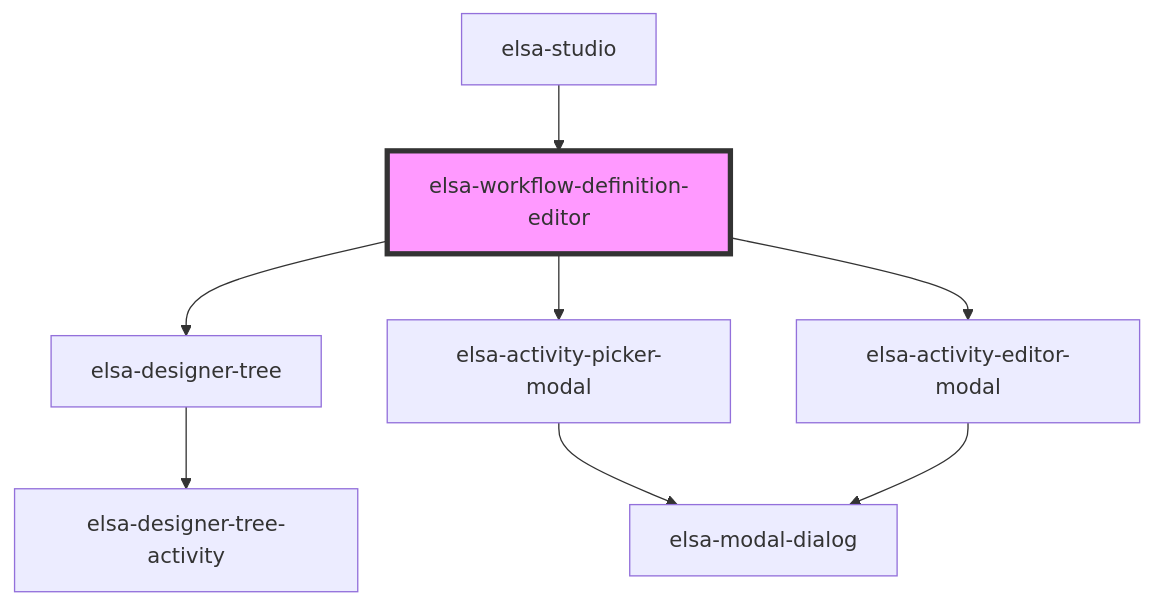
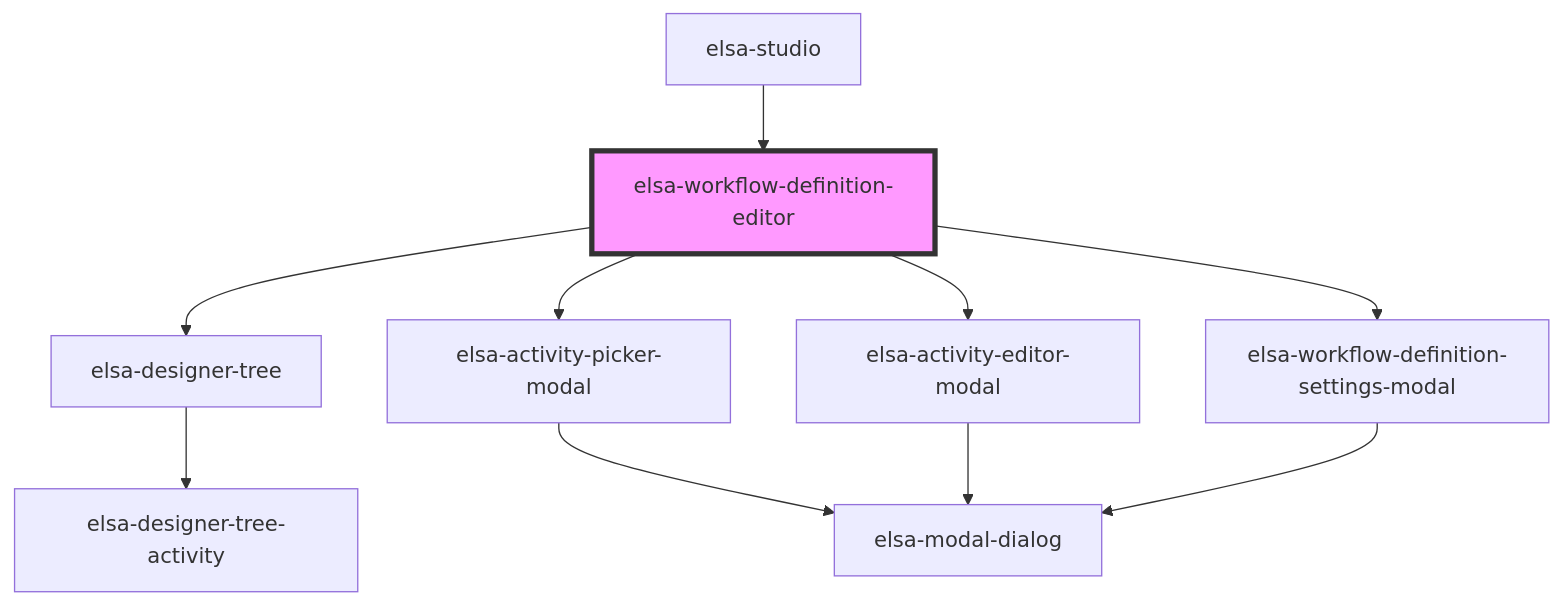
One commit to elsa-workflows/elsa-core changed the diagram in src/designer/elsa-workflows-studio/src/components/studio/elsa-workflow-definition-editor/readme.md. Above: the diagram before and after it, drawn with Mermaid. The commit also changed other lines of this file and 22 other files, not shown here.

````diff
--- a/src/designer/elsa-workflows-studio/src/components/studio/elsa-workflow-definition-editor/readme.md
+++ b/src/designer/elsa-workflows-studio/src/components/studio/elsa-workflow-definition-editor/readme.md
@@ -29,11 +30,13 @@
 ```mermaid
 graph TD;
   elsa-workflow-definition-editor --> elsa-designer-tree
   elsa-workflow-definition-editor --> elsa-activity-picker-modal
   elsa-workflow-definition-editor --> elsa-activity-editor-modal
+  elsa-workflow-definition-editor --> elsa-workflow-definition-settings-modal
   elsa-designer-tree --> elsa-designer-tree-activity
   elsa-activity-picker-modal --> elsa-modal-dialog
   elsa-activity-editor-modal --> elsa-modal-dialog
+  elsa-workflow-definition-settings-modal --> elsa-modal-dialog
   elsa-studio --> elsa-workflow-definition-editor
   style elsa-workflow-definition-editor fill:#f9f,stroke:#333,stroke-width:4px
 ```
````
